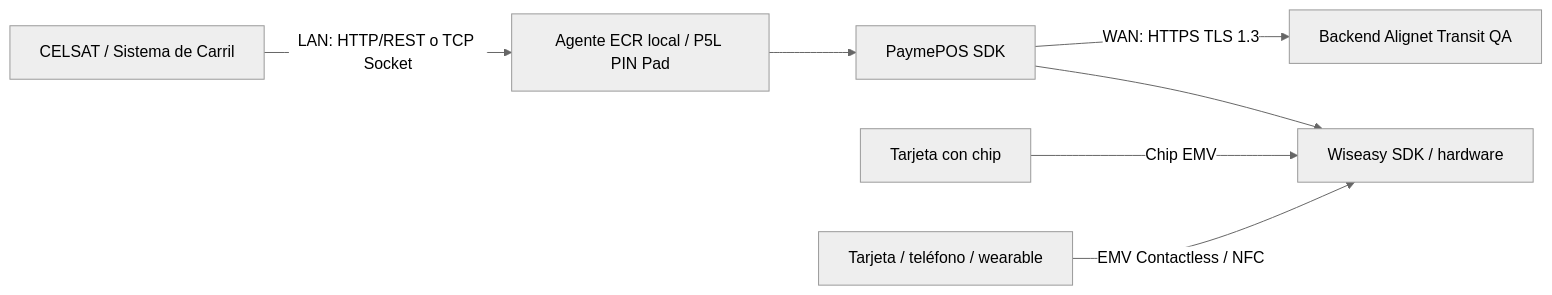
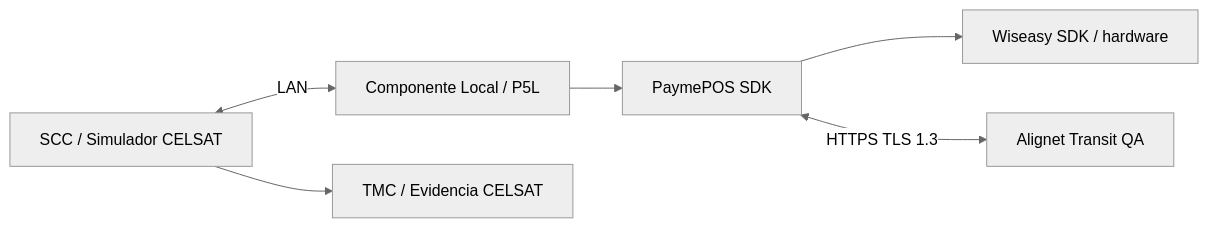
One commit to alignet-docs/alignet-developers changed the diagram in procesamiento-fisico/alignet-transit/integradores/celsat/qa-uat.mdx. Above: the diagram before and after it, drawn with Mermaid (neutral theme). The commit also changed other lines of this file and 13 other files, not shown here.

Commit message:
docs(transit): orientar integración CELSAT e incluir QR interoperable

````diff
--- a/procesamiento-fisico/alignet-transit/integradores/celsat/qa-uat.mdx
+++ b/procesamiento-fisico/alignet-transit/integradores/celsat/qa-uat.mdx
@@ -43,9 +40,8 @@
 ```mermaid
 flowchart LR
-    SCC[CELSAT / Sistema de Carril] -->|LAN: HTTP/REST o TCP Socket| ECR[Agente ECR local / P5L PIN Pad]
-    ECR --> PAYME[PaymePOS SDK]
+    SCC[SCC / Simulador CELSAT] <-->|LAN| LOCAL[Componente Local / P5L]
+    LOCAL --> PAYME[PaymePOS SDK]
     PAYME --> WISEASY[Wiseasy SDK / hardware]
-    PAYME -->|WAN: HTTPS TLS 1.3| QA[Backend Alignet Transit QA]
-    CHIP[Tarjeta con chip] -->|Chip EMV| WISEASY
-    CTLS[Tarjeta / teléfono / wearable] -->|EMV Contactless / NFC| WISEASY
+    PAYME <-->|HTTPS TLS 1.3| QA[Alignet Transit QA]
+    SCC --> TMC[TMC / Evidencia CELSAT]
 ```
````
